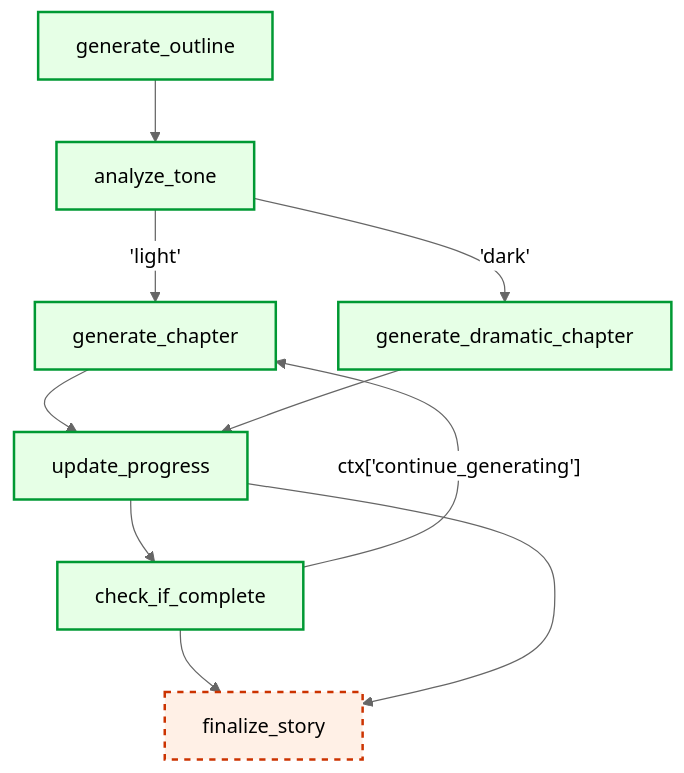
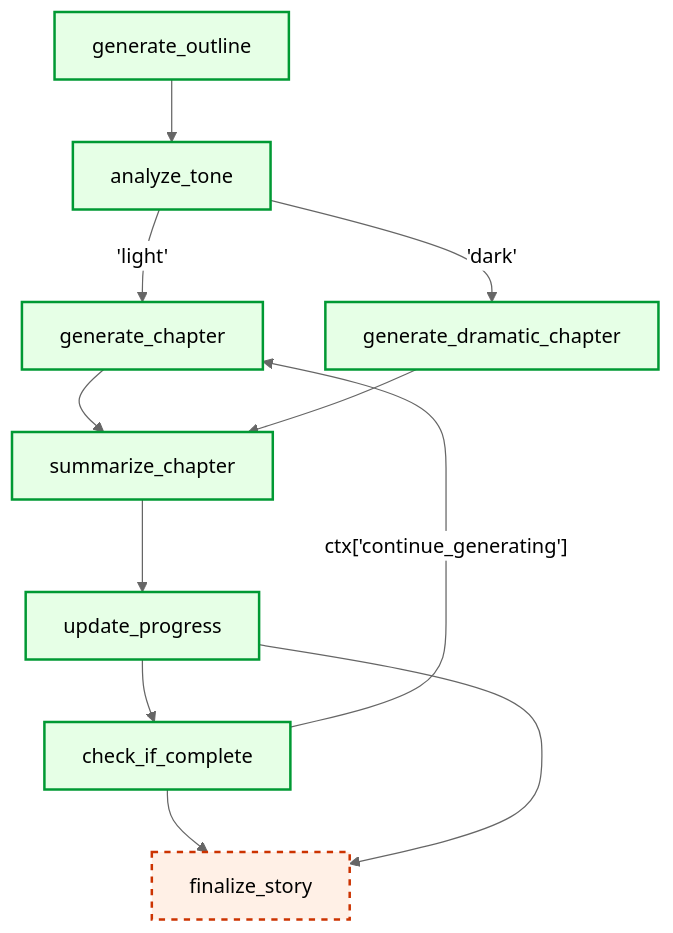
The second of 6 diagrams in quantalogic/flow/flow_yaml.md (quantalogic/quantalogic), drawn with Mermaid (neutral theme) before and after one commit. The commit also changed other lines of this file, not shown here.

Commit message:
update flow documentation

````diff
--- a/quantalogic/flow/flow_yaml.md
+++ b/quantalogic/flow/flow_yaml.md
@@ -252,19 +277,21 @@
 ```mermaid
 graph TD
     A[generate_outline] --> B[analyze_tone]
     B -->|"'light'"| C[generate_chapter]
     B -->|"'dark'"| D[generate_dramatic_chapter]
-    C --> E[update_progress]
+    C --> E[summarize_chapter]
     D --> E
-    E --> F[check_if_complete]
-    F -->|"ctx['continue_generating']"| C
-    F --> G[finalize_story]
-    E --> G
+    E --> F[update_progress]
+    F --> G[check_if_complete]
+    G -->|"ctx['continue_generating']"| C
+    G --> H[finalize_story]
+    F --> H
     style A fill:#e6ffe6,stroke:#009933,stroke-width:2px
     style B fill:#e6ffe6,stroke:#009933,stroke-width:2px
     style C fill:#e6ffe6,stroke:#009933,stroke-width:2px
     style D fill:#e6ffe6,stroke:#009933,stroke-width:2px
     style E fill:#e6ffe6,stroke:#009933,stroke-width:2px
     style F fill:#e6ffe6,stroke:#009933,stroke-width:2px
-    style G fill:#fff0e6,stroke:#cc3300,stroke-width:2px,stroke-dasharray:5
+    style G fill:#e6ffe6,stroke:#009933,stroke-width:2px
+    style H fill:#fff0e6,stroke:#cc3300,stroke-width:2px,stroke-dasharray:5
 ```
````
